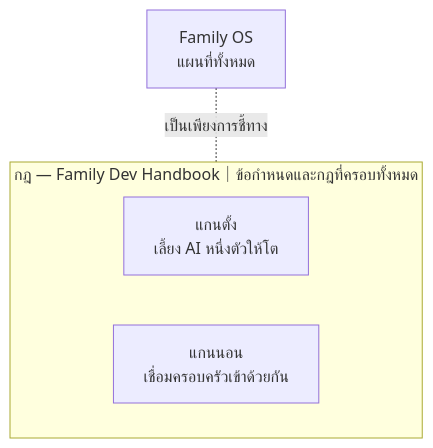
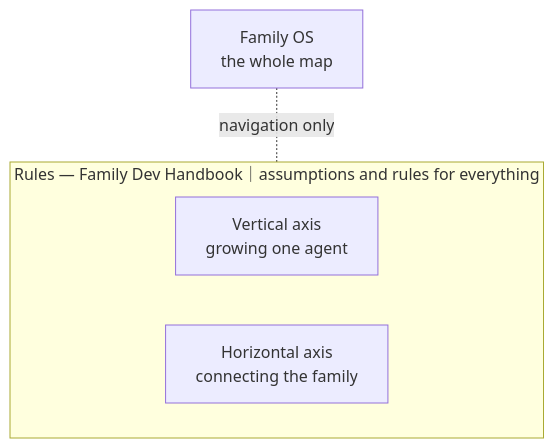
One commit to caty-ai/family-os changed the diagram in README.th.md. Above: the diagram before and after it, drawn with Mermaid. The commit also changed other lines of this file and 12 other files, not shown here.

First line of the commit message:
readme: Layer 2 + figure system — 4-entrance routing, timeline, correspondence, SVG map set, visual-system v5 (#30)

````diff
--- a/README.th.md
+++ b/README.th.md
@@ -133,12 +188,12 @@
 ```mermaid
 flowchart TB
-  OS["Family OS<br/>แผนที่ทั้งหมด"]
+  OS["Family OS<br/>the whole map"]
 
-  subgraph Rule["กฎ — Family Dev Handbook｜ข้อกำหนดและกฎที่ครอบทั้งหมด"]
+  subgraph Rule["Rules — Family Dev Handbook｜assumptions and rules for everything"]
     direction LR
-    V["แกนตั้ง<br/>เลี้ยง AI หนึ่งตัวให้โต"]
-    H["แกนนอน<br/>เชื่อมครอบครัวเข้าด้วยกัน"]
+    V["Vertical axis<br/>growing one agent"]
+    H["Horizontal axis<br/>connecting the family"]
   end
 
-  OS -.-|"เป็นเพียงการชี้ทาง"| Rule
+  OS -.-|"navigation only"| Rule
 ```
````
